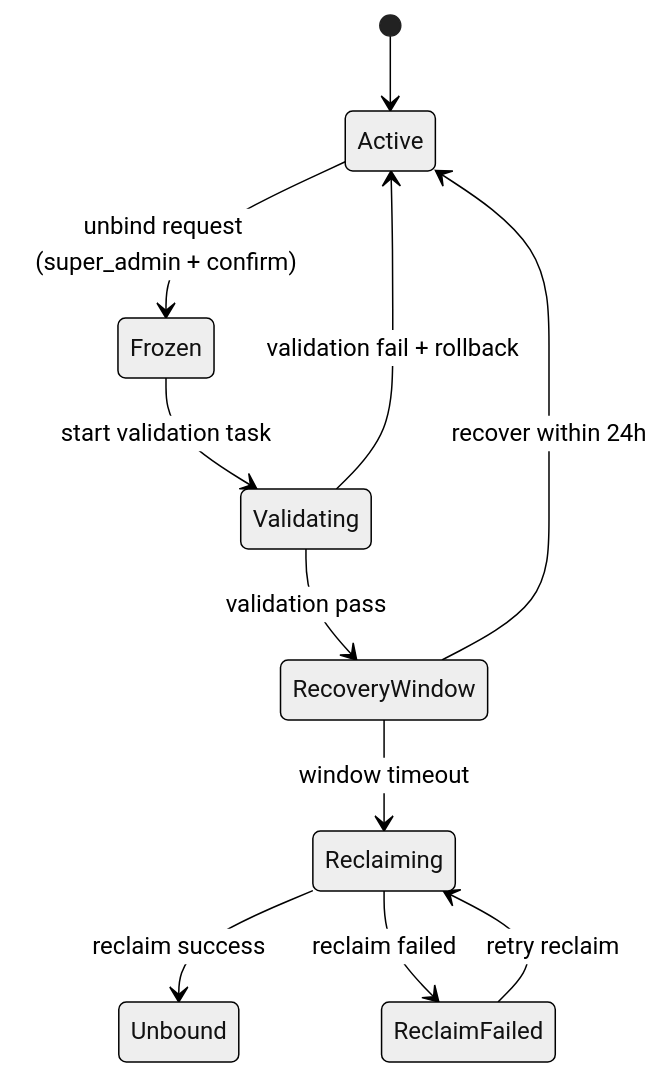
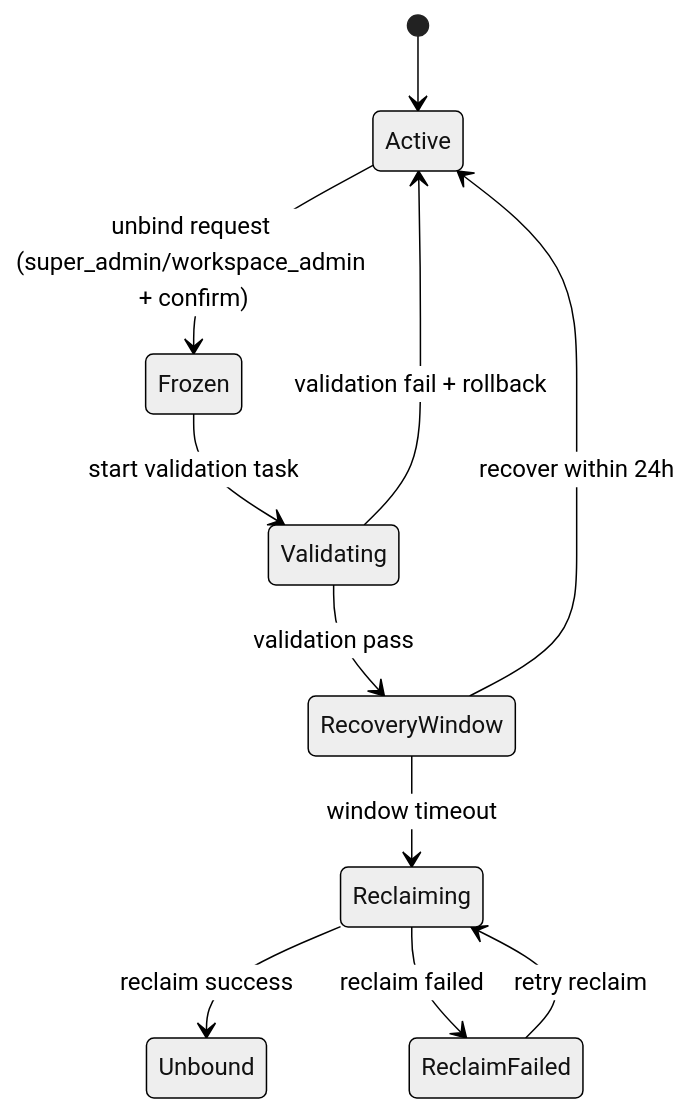
Diagram 23 of 24 in docs/design.md (sentanl869/aether), drawn with Mermaid (neutral theme) before and after one commit. The commit also changed other lines of this file and 2 other files, not shown here.

````diff
--- a/docs/design.md
+++ b/docs/design.md
@@ -2817,13 +2893,13 @@
 ```mermaid
 stateDiagram-v2
   [*] --> Active
-  Active --> Frozen: unbind request (super_admin + confirm)
+  Active --> Frozen: unbind request (super_admin/workspace_admin + confirm)
   Frozen --> Validating: start validation task
   Validating --> RecoveryWindow: validation pass
   Validating --> Active: validation fail + rollback
   RecoveryWindow --> Active: recover within 24h
   RecoveryWindow --> Reclaiming: window timeout
   Reclaiming --> Unbound: reclaim success
   Reclaiming --> ReclaimFailed: reclaim failed
   ReclaimFailed --> Reclaiming: retry reclaim
 ```
````
